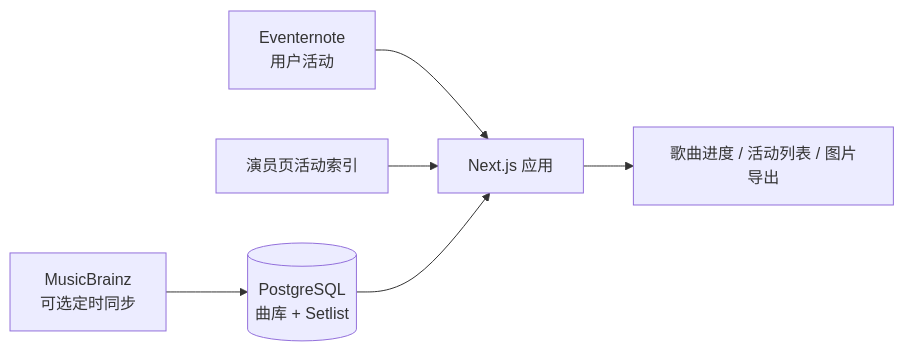
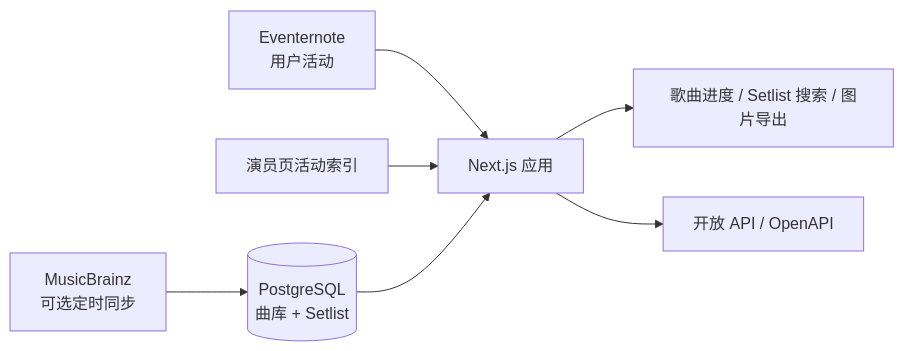
Before and after one commit to WaIIer/bandori-live-songs: the diagram in README.md, drawn with Mermaid. The commit also changed other lines of this file and 121 other files, not shown here.

````diff
--- a/README.md
+++ b/README.md
@@ -22,8 +27,9 @@
 ```mermaid
 flowchart LR
   EN["Eventernote<br/>用户活动"] --> App["Next.js 应用"]
   Index["演员页活动索引"] --> App
   DB[("PostgreSQL<br/>曲库 + Setlist")] --> App
   MB["MusicBrainz<br/>可选定时同步"] --> DB
-  App --> UI["歌曲进度 / 活动列表 / 图片导出"]
+  App --> UI["歌曲进度 / Setlist 搜索 / 图片导出"]
+  App --> API["开放 API / OpenAPI"]
 ```
````
